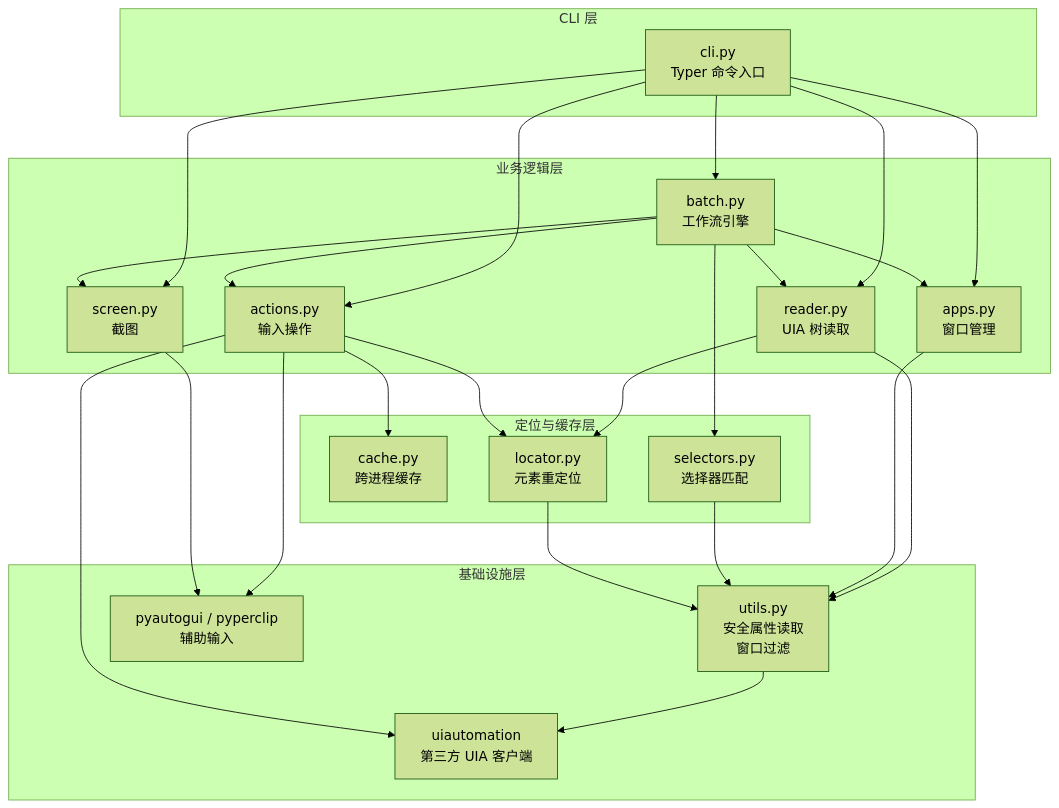
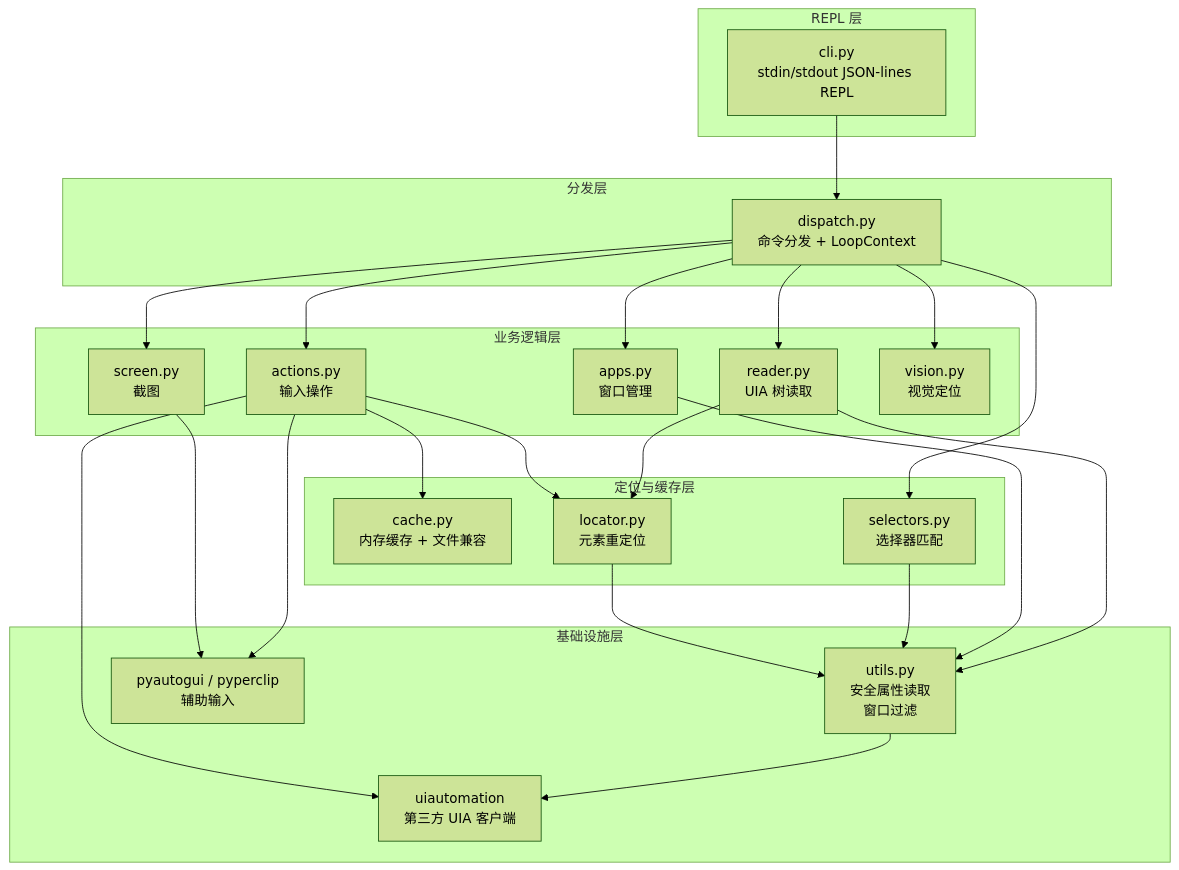
One commit to TheMountainTree/win-use changed the first of 2 diagrams in DESIGN.md. Above: the diagram before and after it, drawn with Mermaid (forest theme). The commit also changed other lines of this file and 25 other files, not shown here.

Commit message:
Refactor win-use CLI to use a loop agent REPL; remove socket server and integrate command dispatching directly. Add memory caching for elements and streamline command handling.

````diff
--- a/DESIGN.md
+++ b/DESIGN.md
@@ -40,50 +41,51 @@
 ```mermaid
 graph TB
-    subgraph "CLI 层"
-        CLI[cli.py<br/>Typer 命令入口]
+    subgraph "REPL 层"
+        CLI[cli.py<br/>stdin/stdout JSON-lines REPL]
+    end
+
+    subgraph "分发层"
+        DISPATCH[dispatch.py<br/>命令分发 + LoopContext]
     end
 
     subgraph "业务逻辑层"
         READER[reader.py<br/>UIA 树读取]
         ACTIONS[actions.py<br/>输入操作]
         APPS[apps.py<br/>窗口管理]
-        BATCH[batch.py<br/>工作流引擎]
         SCREEN[screen.py<br/>截图]
+        VISION[vision.py<br/>视觉定位]
     end
 
     subgraph "定位与缓存层"
-        CACHE[cache.py<br/>跨进程缓存]
+        CACHE[cache.py<br/>内存缓存 + 文件兼容]
         LOCATOR[locator.py<br/>元素重定位]
         SELECTORS[selectors.py<br/>选择器匹配]
     end
 
     subgraph "基础设施层"
         UTILS[utils.py<br/>安全属性读取<br/>窗口过滤]
         UIA[uiautomation<br/>第三方 UIA 客户端]
         PYTHON[pyautogui / pyperclip<br/>辅助输入]
     end
 
-    CLI --> READER
-    CLI --> ACTIONS
-    CLI --> APPS
-    CLI --> BATCH
-    CLI --> SCREEN
+    CLI --> DISPATCH
+    DISPATCH --> READER
+    DISPATCH --> ACTIONS
+    DISPATCH --> APPS
+    DISPATCH --> SCREEN
+    DISPATCH --> VISION
+    DISPATCH --> SELECTORS
 
     READER --> UTILS
     READER --> LOCATOR
     ACTIONS --> LOCATOR
     ACTIONS --> CACHE
-    BATCH --> READER
-    BATCH --> ACTIONS
-    BATCH --> APPS
-    BATCH --> SCREEN
-    BATCH --> SELECTORS
     APPS --> UTILS
     SELECTORS --> UTILS
     LOCATOR --> UTILS
 
     UTILS --> UIA
     ACTIONS --> UIA
     ACTIONS --> PYTHON
     SCREEN --> PYTHON
 ```
````
